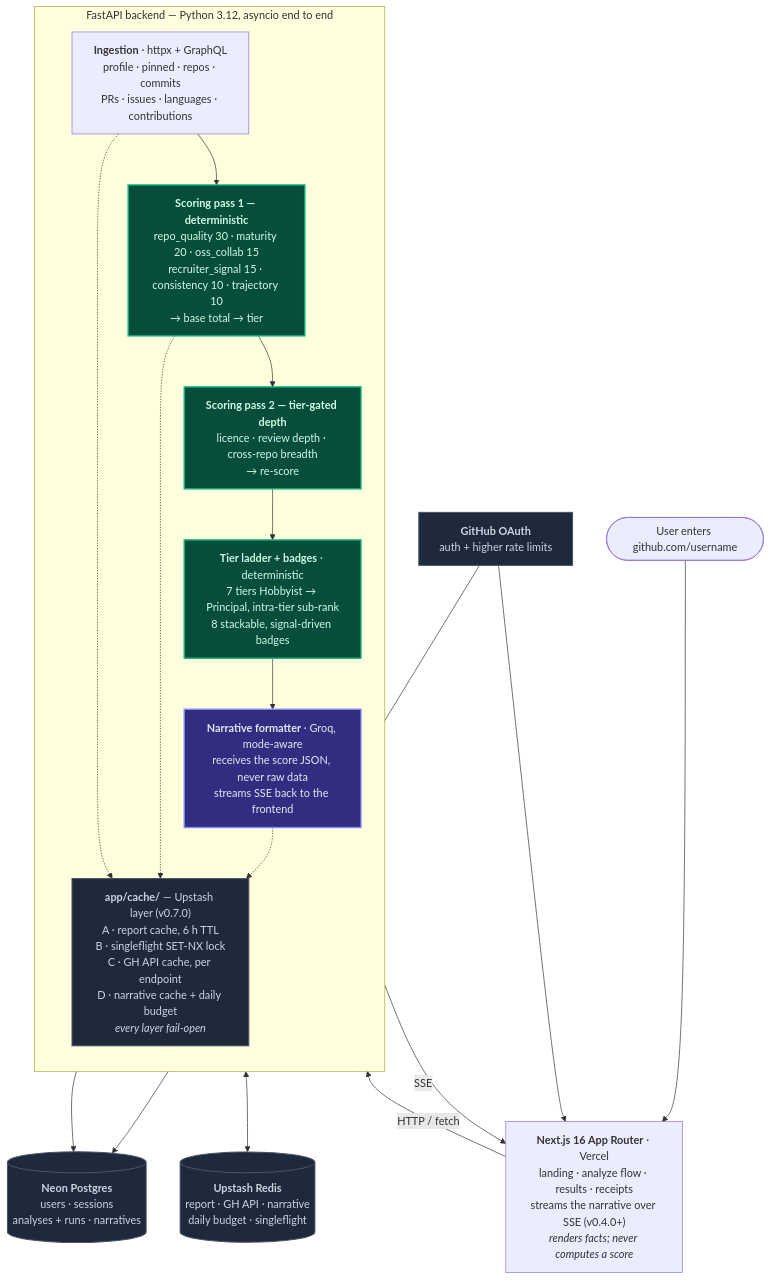
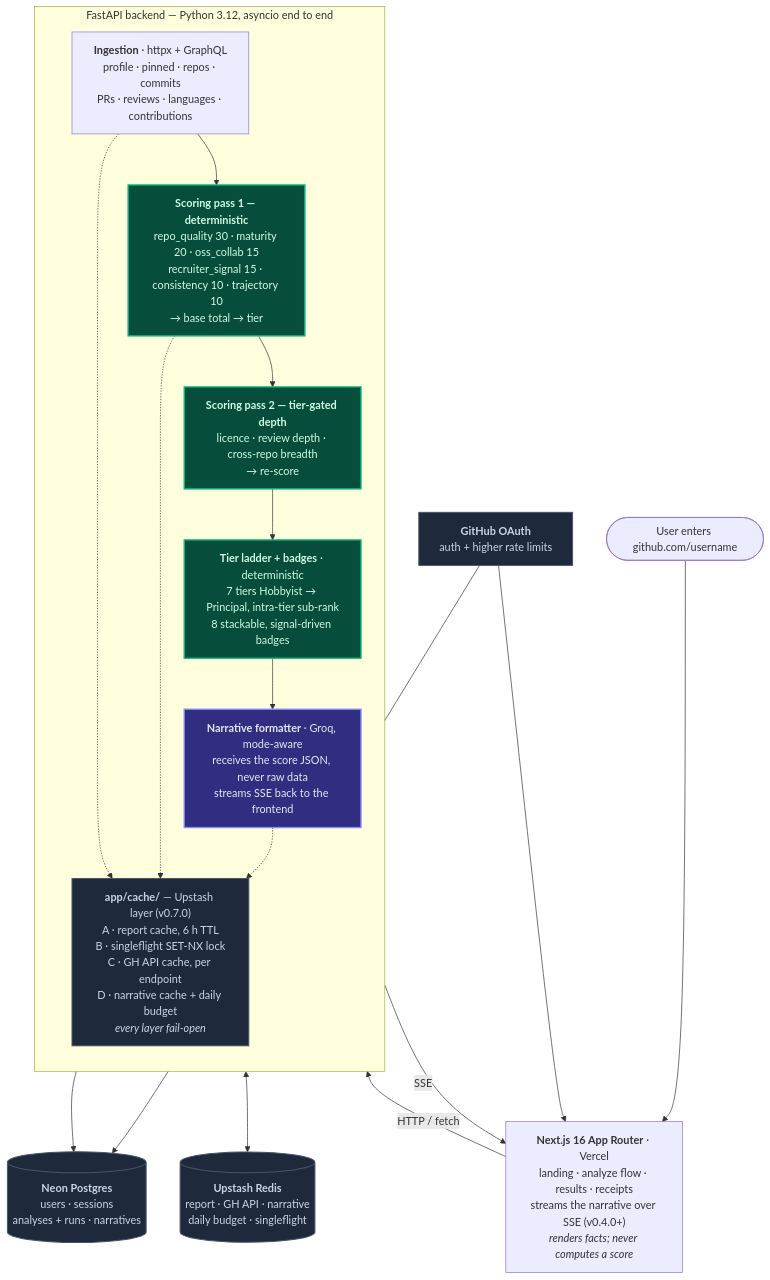
One commit to Shaan-alpha/Skill-Issue changed the diagram in ARCHITECTURE.md. Above: the diagram before and after it, drawn with Mermaid. The commit also changed other lines of this file and 3 other files, not shown here.

First line of the commit message:
docs: correct README, architecture and tech-stack drift

````diff
--- a/ARCHITECTURE.md
+++ b/ARCHITECTURE.md
@@ -19,38 +19,38 @@
 ```mermaid
 flowchart TD
     U(["User enters github.com/username"])
 
     FE["<b>Next.js 16 App Router</b> · Vercel<br/>landing · analyze flow · results · receipts<br/>streams the narrative over SSE (v0.4.0+)<br/><i>renders facts; never computes a score</i>"]
 
     subgraph BE ["FastAPI backend — Python 3.12, asyncio end to end"]
         direction TB
-        ING["<b>Ingestion</b> · httpx + GraphQL<br/>profile · pinned · repos · commits<br/>PRs · issues · languages · contributions"]
+        ING["<b>Ingestion</b> · httpx + GraphQL<br/>profile · pinned · repos · commits<br/>PRs · reviews · languages · contributions"]
         P1["<b>Scoring pass 1 — deterministic</b><br/>repo_quality 30 · maturity 20 · oss_collab 15<br/>recruiter_signal 15 · consistency 10 · trajectory 10<br/>→ base total → tier"]
         P2["<b>Scoring pass 2 — tier-gated depth</b><br/>licence · review depth · cross-repo breadth<br/>→ re-score"]
         TB["<b>Tier ladder + badges</b> · deterministic<br/>7 tiers Hobbyist → Principal, intra-tier sub-rank<br/>8 stackable, signal-driven badges"]
         NAR["<b>Narrative formatter</b> · Groq, mode-aware<br/>receives the score JSON, never raw data<br/>streams SSE back to the frontend"]
         CACHE["<b>app/cache/</b> — Upstash layer (v0.7.0)<br/>A · report cache, 6 h TTL<br/>B · singleflight SET-NX lock<br/>C · GH API cache, per endpoint<br/>D · narrative cache + daily budget<br/><i>every layer fail-open</i>"]
         ING --> P1 --> P2 --> TB --> NAR
         ING -.-> CACHE
         P1 -.-> CACHE
         NAR -.-> CACHE
     end
 
     REDIS[("<b>Upstash Redis</b><br/>report · GH API · narrative<br/>daily budget · singleflight")]
     NEON[("<b>Neon Postgres</b><br/>users · sessions<br/>analyses + runs · narratives")]
     OAUTH["<b>GitHub OAuth</b><br/>auth + higher rate limits"]
 
     U --> FE -->|"HTTP / fetch"| ING
     CACHE <--> REDIS
     TB --> NEON
     NAR -->|"SSE"| FE
     OAUTH --> FE
     OAUTH --> NEON
 
     classDef det fill:#064e3b,stroke:#10b981,stroke-width:2px,color:#d1fae5
     classDef ai fill:#312e81,stroke:#818cf8,stroke-width:2px,color:#e2e8f0
     classDef store fill:#1e293b,stroke:#475569,stroke-width:1.5px,color:#cbd5e1
     class P1,P2,TB det
     class NAR ai
     class REDIS,NEON,OAUTH,CACHE store
 ```
````
